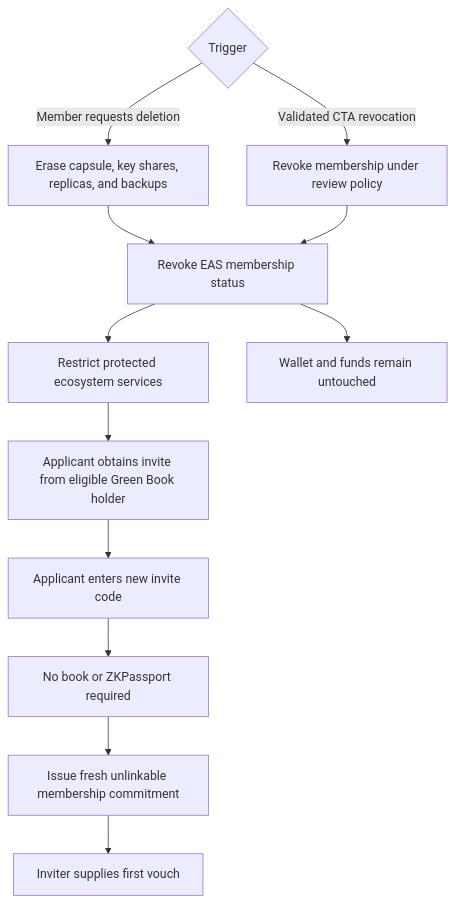
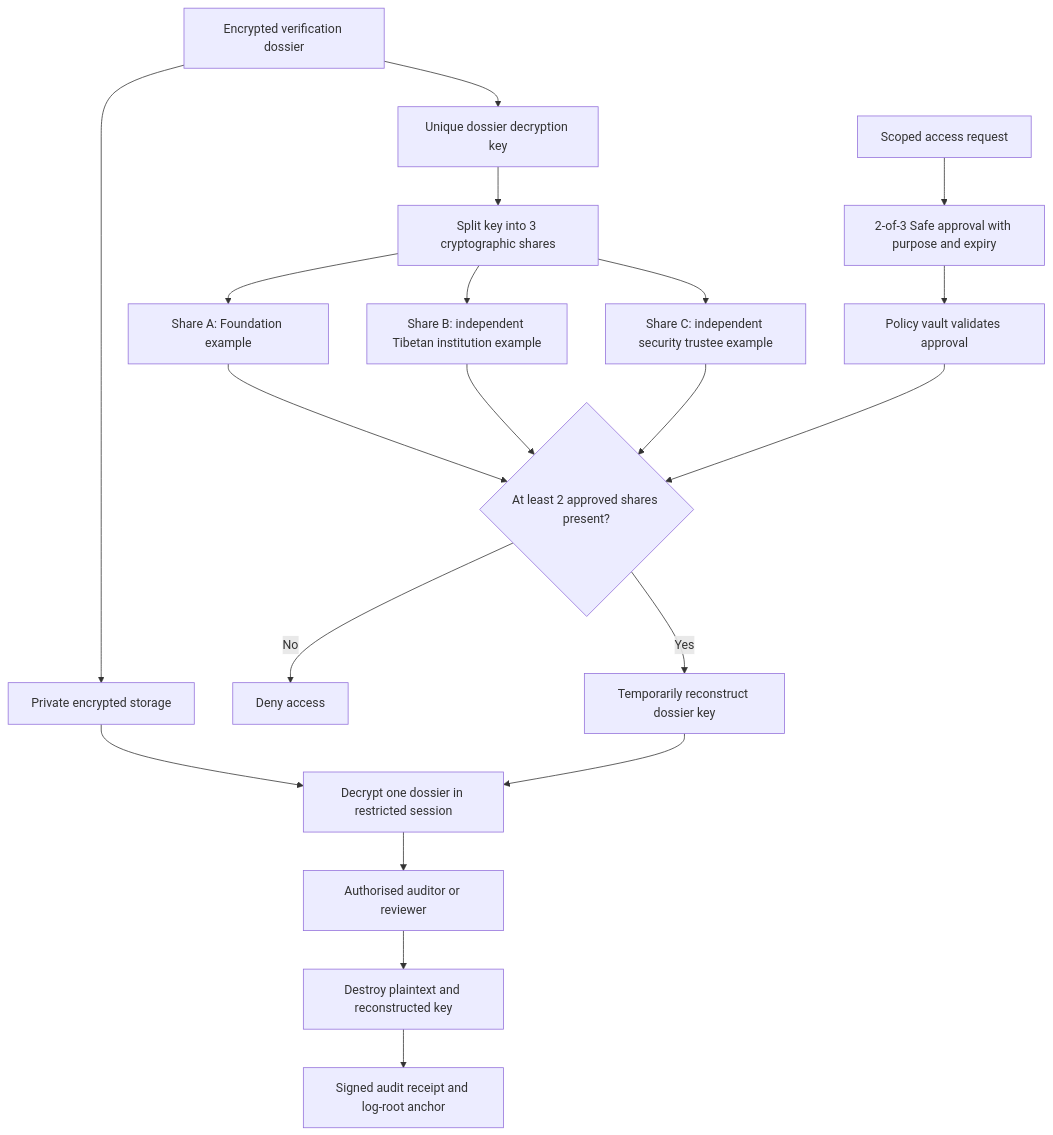
The sixth of 6 diagrams in README.md (AlexJupiter/tibetan-id), drawn with Mermaid before and after one commit. The commit also changed other lines of this file, not shown here.

Commit message:
Add wallet-only access and auditable verification

````diff
--- a/README.md
+++ b/README.md
@@ -237,15 +295,23 @@
 ```mermaid
 flowchart TD
-    A{Trigger} -->|Member requests deletion| B[Erase capsule, key shares, replicas, and backups]
-    A -->|Validated CTA revocation| C[Revoke membership under review policy]
-    B --> D[Revoke EAS membership status]
-    C --> D
-    D --> E[Restrict protected ecosystem services]
-    D --> F[Wallet and funds remain untouched]
+    A[Encrypted verification dossier] --> B[Private encrypted storage]
+    A --> C[Unique dossier decryption key]
+    C --> D[Split key into 3 cryptographic shares]
+    D --> E[Share A: Foundation example]
+    D --> F[Share B: independent Tibetan institution example]
+    D --> G[Share C: independent security trustee example]
 
-    E --> G[Applicant obtains invite from eligible Green Book holder]
-    G --> H[Applicant enters new invite code]
-    H --> I[No book or ZKPassport required]
-    I --> J[Issue fresh unlinkable membership commitment]
-    J --> K[Inviter supplies first vouch]
+    H[Scoped access request] --> I[2-of-3 Safe approval with purpose and expiry]
+    I --> J[Policy vault validates approval]
+    E --> K{At least 2 approved shares present?}
+    F --> K
+    G --> K
+    J --> K
+    K -->|No| L[Deny access]
+    K -->|Yes| M[Temporarily reconstruct dossier key]
+    B --> N[Decrypt one dossier in restricted session]
+    M --> N
+    N --> O[Authorised auditor or reviewer]
+    O --> P[Destroy plaintext and reconstructed key]
+    P --> Q[Signed audit receipt and log-root anchor]
 ```
````
